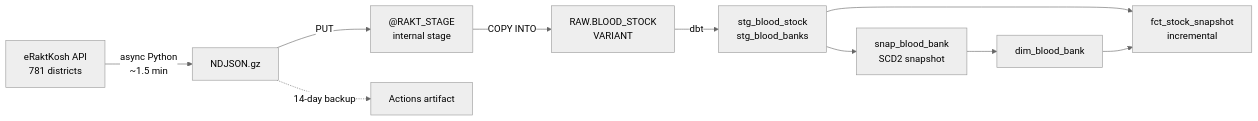
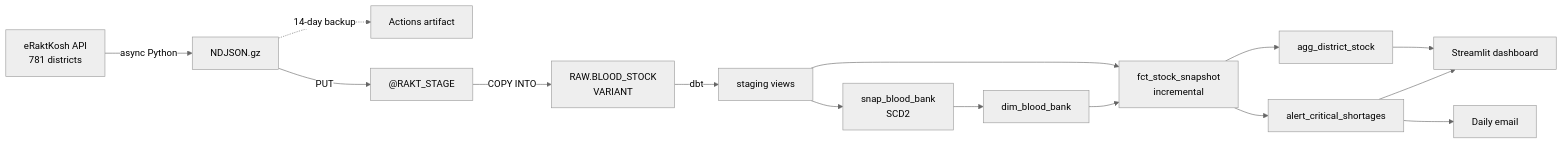
The diagram in README.md (unknownsteve7/RaktRadar), drawn with Mermaid (neutral theme) before and after one commit. The commit also changed other lines of this file, not shown here.

````diff
--- a/README.md
+++ b/README.md
@@ -11,12 +37,17 @@
 ```mermaid
 flowchart LR
-    API["eRaktKosh API<br/>781 districts"] -->|async Python<br/>~1.5 min| NDJSON["NDJSON.gz"]
-    NDJSON -->|PUT| STAGE["@RAKT_STAGE<br/>internal stage"]
+    API["eRaktKosh API<br/>781 districts"] -->|async Python| NDJSON["NDJSON.gz"]
     NDJSON -.->|14-day backup| ART["Actions artifact"]
+    NDJSON -->|PUT| STAGE["@RAKT_STAGE"]
     STAGE -->|COPY INTO| RAW["RAW.BLOOD_STOCK<br/>VARIANT"]
-    RAW -->|dbt| STG["stg_blood_stock<br/>stg_blood_banks"]
-    STG --> SNAP["snap_blood_bank<br/>SCD2 snapshot"]
+    RAW -->|dbt| STG["staging views"]
+    STG --> SNAP["snap_blood_bank<br/>SCD2"]
     SNAP --> DIM["dim_blood_bank"]
     STG --> FCT["fct_stock_snapshot<br/>incremental"]
     DIM --> FCT
+    FCT --> AGG["agg_district_stock"]
+    FCT --> ALERT["alert_critical_shortages"]
+    AGG --> APP["Streamlit dashboard"]
+    ALERT --> APP
+    ALERT --> MAIL["Daily email"]
 ```
````
